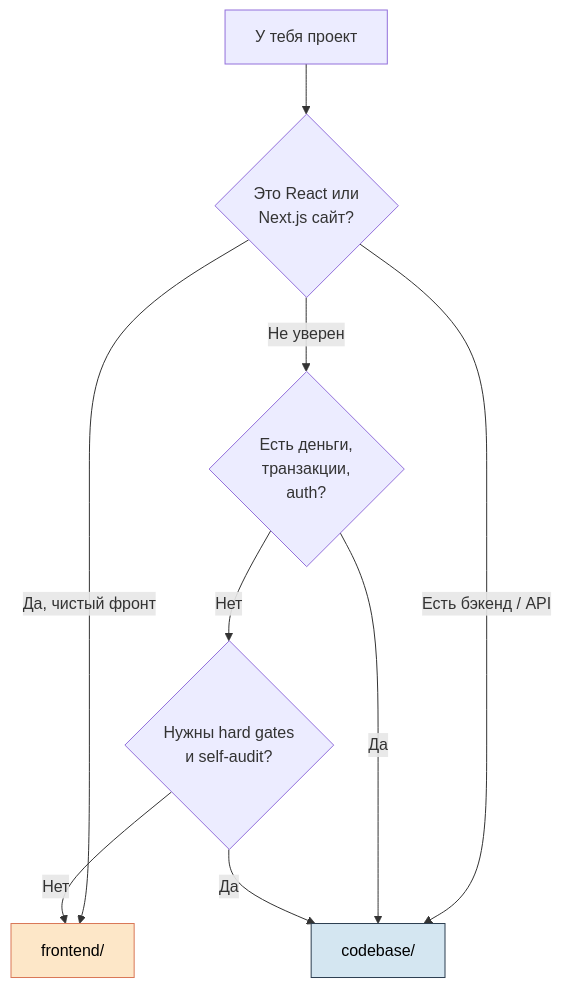
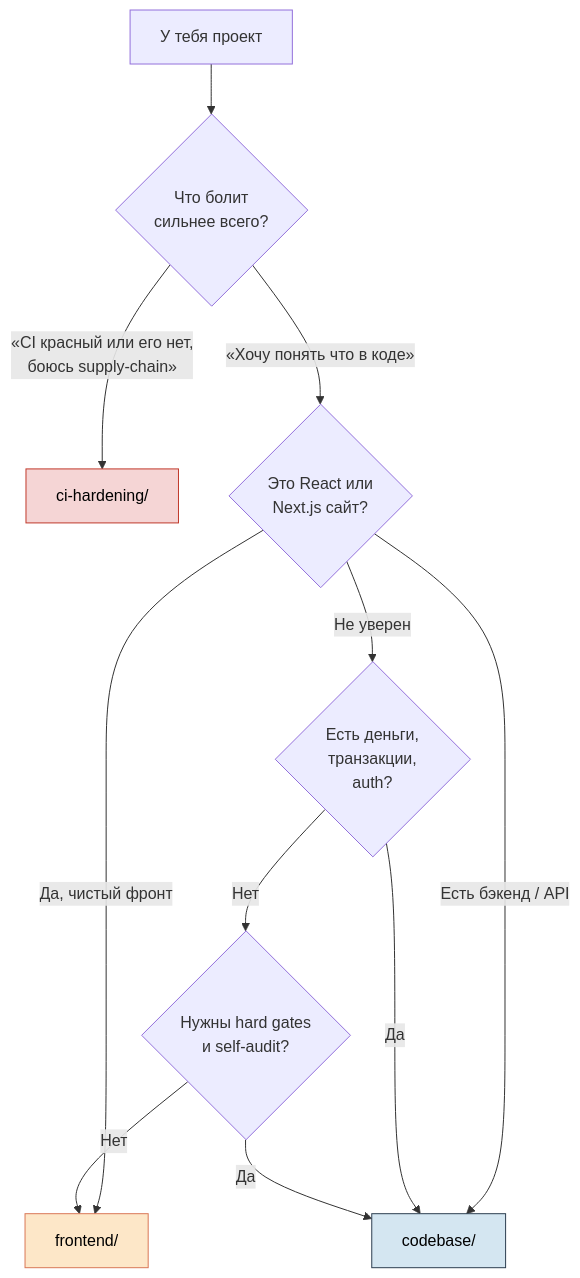
The diagram in README.md (VKirill/audit-pipelines), drawn with Mermaid before and after one commit. The commit also changed other lines of this file and 13 other files, not shown here.

````diff
--- a/README.md
+++ b/README.md
@@ -110,14 +130,17 @@
 ```mermaid
 flowchart TD
-    A[У тебя проект] --> B{Это React или<br/>Next.js сайт?}
+    A[У тебя проект] --> Z{Что болит<br/>сильнее всего?}
+    Z -- «CI красный или его нет,<br/>боюсь supply-chain» --> H[ci-hardening/]
+    Z -- «Хочу понять что в коде» --> B{Это React или<br/>Next.js сайт?}
     B -- Да, чистый фронт --> C[frontend/]
     B -- Есть бэкенд / API --> D[codebase/]
     B -- Не уверен --> E{Есть деньги,<br/>транзакции,<br/>auth?}
     E -- Да --> D
     E -- Нет --> F{Нужны hard gates<br/>и self-audit?}
     F -- Да --> D
     F -- Нет --> C
 
     style C fill:#fde7c8,stroke:#d97757,color:#000
     style D fill:#d4e6f1,stroke:#2c3e50,color:#000
+    style H fill:#f5d5d5,stroke:#c0392b,color:#000
 ```
````
